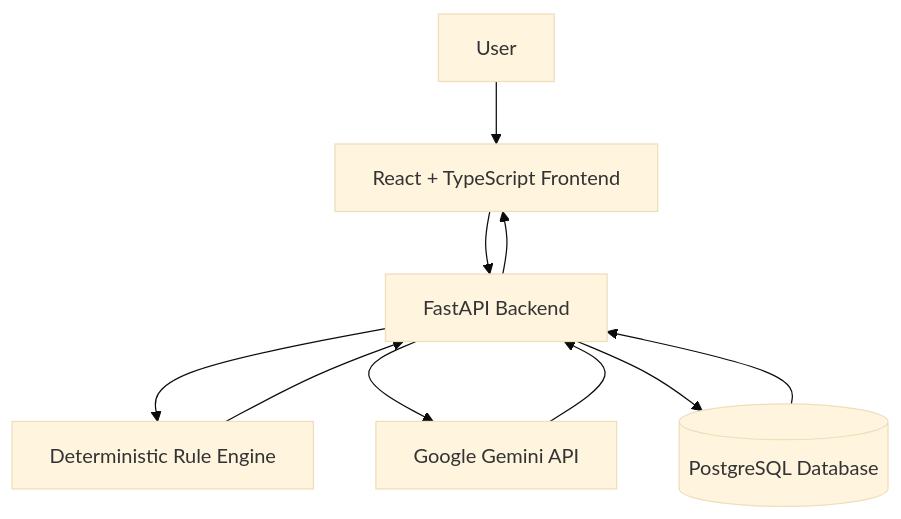
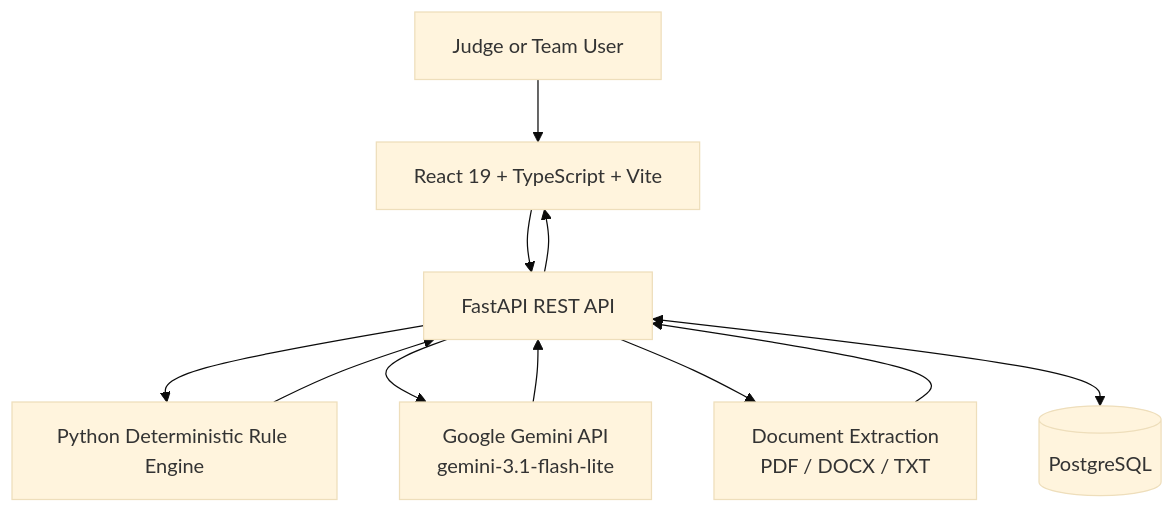
Before and after one commit to adoraeden/brandguard-ai: the second of 2 diagrams in README.md, drawn with Mermaid (base theme). The commit also changed other lines of this file, not shown here.

````diff
--- a/README.md
+++ b/README.md
@@ -99,12 +224,13 @@
 ```mermaid
 flowchart TB
-    U[User] --> FE[React + TypeScript Frontend]
-    FE --> API[FastAPI Backend]
-    API --> RULES[Deterministic Rule Engine]
-    API --> AI[Google Gemini API]
-    API --> DB[(PostgreSQL Database)]
+    U[Judge or Team User] --> FE[React 19 + TypeScript + Vite]
+    FE --> API[FastAPI REST API]
+    API --> RULES[Python Deterministic Rule Engine]
+    API --> GEMINI[Google Gemini API\ngemini-3.1-flash-lite]
+    API --> INGEST[Document Extraction\nPDF / DOCX / TXT]
+    API <--> DB[(PostgreSQL)]
     RULES --> API
-    AI --> API
-    DB --> API
+    GEMINI --> API
+    INGEST --> API
     API --> FE
 ```
````
